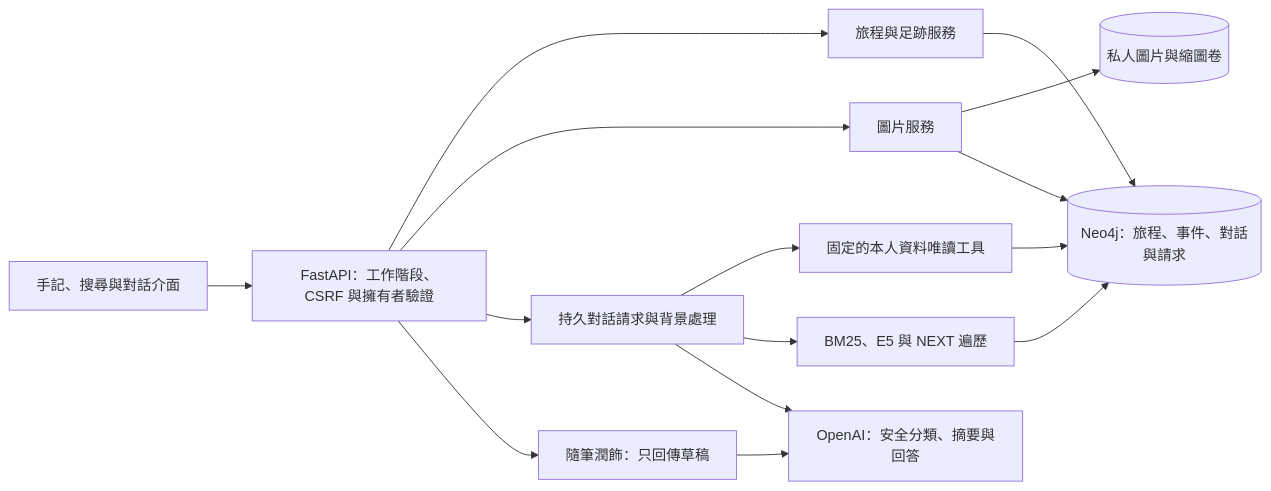
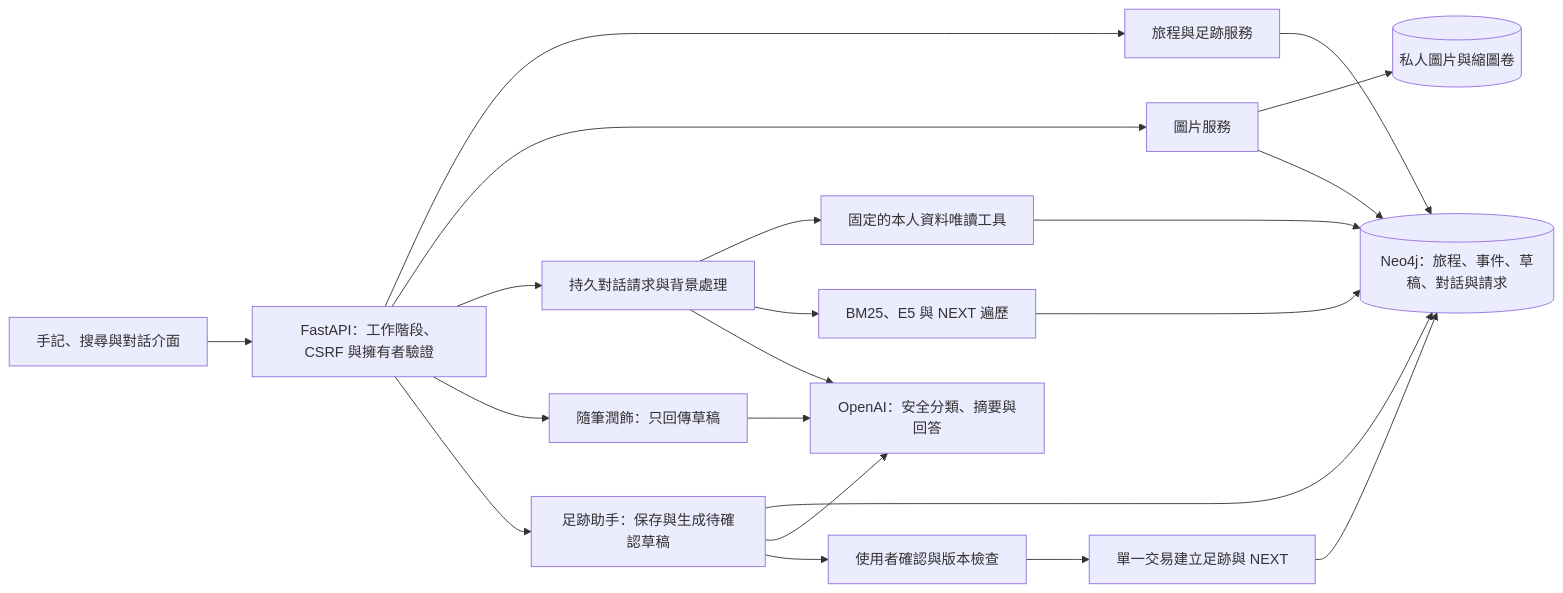
One commit to LaimoKarca/TravelMemo changed the first of 4 diagrams in docs/BACKEND.md. Above: the diagram before and after it, drawn with Mermaid. The commit also changed other lines of this file and 24 other files, not shown here.

````diff
--- a/docs/BACKEND.md
+++ b/docs/BACKEND.md
@@ -8,17 +8,23 @@
 ```mermaid
 flowchart LR
     UI[手記、搜尋與對話介面] --> API[FastAPI：工作階段、CSRF 與擁有者驗證]
     API --> TRIP[旅程與足跡服務]
     API --> PHOTO[圖片服務]
     API --> JOB[持久對話請求與背景處理]
     API --> WRITE[隨筆潤飾：只回傳草稿]
-    TRIP --> DB[(Neo4j：旅程、事件、對話與請求)]
+    API --> DRAFT[足跡助手：保存與生成待確認草稿]
+    TRIP --> DB[(Neo4j：旅程、事件、草稿、對話與請求)]
     PHOTO --> FILE[(私人圖片與縮圖卷)]
     PHOTO --> DB
     JOB --> TOOLS[固定的本人資料唯讀工具]
     TOOLS --> DB
     JOB --> RETRIEVE[BM25、E5 與 NEXT 遍歷]
     RETRIEVE --> DB
     JOB --> AI[OpenAI：安全分類、摘要與回答]
     WRITE --> AI
+    DRAFT --> DB
+    DRAFT --> AI
+    DRAFT --> CONFIRM[使用者確認與版本檢查]
+    CONFIRM --> BATCH[單一交易建立足跡與 NEXT]
+    BATCH --> DB
 ```
````
